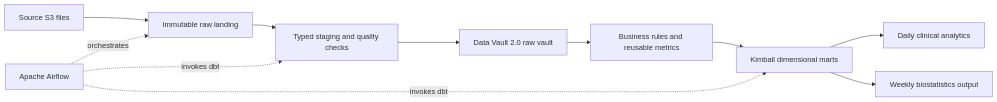
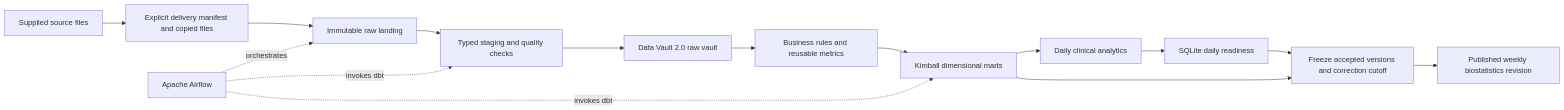
One commit to alanmandor/health-data-project changed the diagram in docs/architecture.md. Above: the diagram before and after it, drawn with Mermaid. The commit also changed other lines of this file and 126 other files, not shown here.

````diff
--- a/docs/architecture.md
+++ b/docs/architecture.md
@@ -7,13 +7,17 @@
 ```mermaid
 flowchart LR
-    S3[Source S3 files] --> Raw[Immutable raw landing]
+    S3[Supplied source files] --> Delivery[Explicit delivery manifest and copied files]
+    Delivery --> Raw[Immutable raw landing]
     Raw --> Stage[Typed staging and quality checks]
     Stage --> Vault[Data Vault 2.0 raw vault]
     Vault --> Business[Business rules and reusable metrics]
     Business --> Marts[Kimball dimensional marts]
     Marts --> Daily[Daily clinical analytics]
-    Marts --> Weekly[Weekly biostatistics output]
+    Daily --> Ready[SQLite daily readiness]
+    Ready --> Freeze[Freeze accepted versions and correction cutoff]
+    Marts --> Freeze
+    Freeze --> Weekly[Published weekly biostatistics revision]
     Airflow[Apache Airflow] -. orchestrates .-> Raw
     Airflow -. invokes dbt .-> Stage
     Airflow -. invokes dbt .-> Marts
 ```
````
